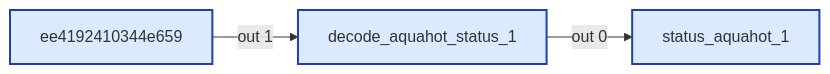
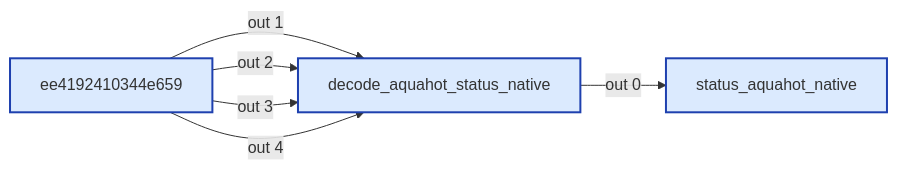
The first of 5 diagrams in src/wiring/aquahot.md (Backroads4Me/librecoach-node-red), drawn with Mermaid before and after one commit. The commit also changed other lines of this file and 5 other files, not shown here.

````diff
--- a/src/wiring/aquahot.md
+++ b/src/wiring/aquahot.md
@@ -24,14 +24,17 @@
 ```mermaid
 flowchart LR
   classDef fn fill:#dbeafe,stroke:#1e40af,stroke-width:2px
   classDef ui fill:#ede9fe,stroke:#5b21b6,stroke-width:2px
   classDef sub fill:#fef3c7,stroke:#92400e,stroke-width:2px
   classDef link fill:#dcfce7,stroke:#166534,stroke-width:1px,stroke-dasharray:3 3
   classDef config fill:#f3f4f6,stroke:#6b7280,stroke-width:1px,stroke-dasharray:2 2
   classDef disabled opacity:0.5,stroke-dasharray:4 4
-  n_43cd836c21f6["status_aquahot_1"]:::fn
-  n_5e7062bde869["decode_aquahot_status_1"]:::fn
+  n_443fd5ec55d7["status_aquahot_native"]:::fn
+  n_a6985e36ac9c["decode_aquahot_status_native"]:::fn
   n_ee4192410344["ee4192410344e659"]:::fn
-  n_5e7062bde869 -->|out 0| n_43cd836c21f6
-  n_ee4192410344 -->|out 1| n_5e7062bde869
+  n_a6985e36ac9c -->|out 0| n_443fd5ec55d7
+  n_ee4192410344 -->|out 1| n_a6985e36ac9c
+  n_ee4192410344 -->|out 2| n_a6985e36ac9c
+  n_ee4192410344 -->|out 3| n_a6985e36ac9c
+  n_ee4192410344 -->|out 4| n_a6985e36ac9c
 ```
````
